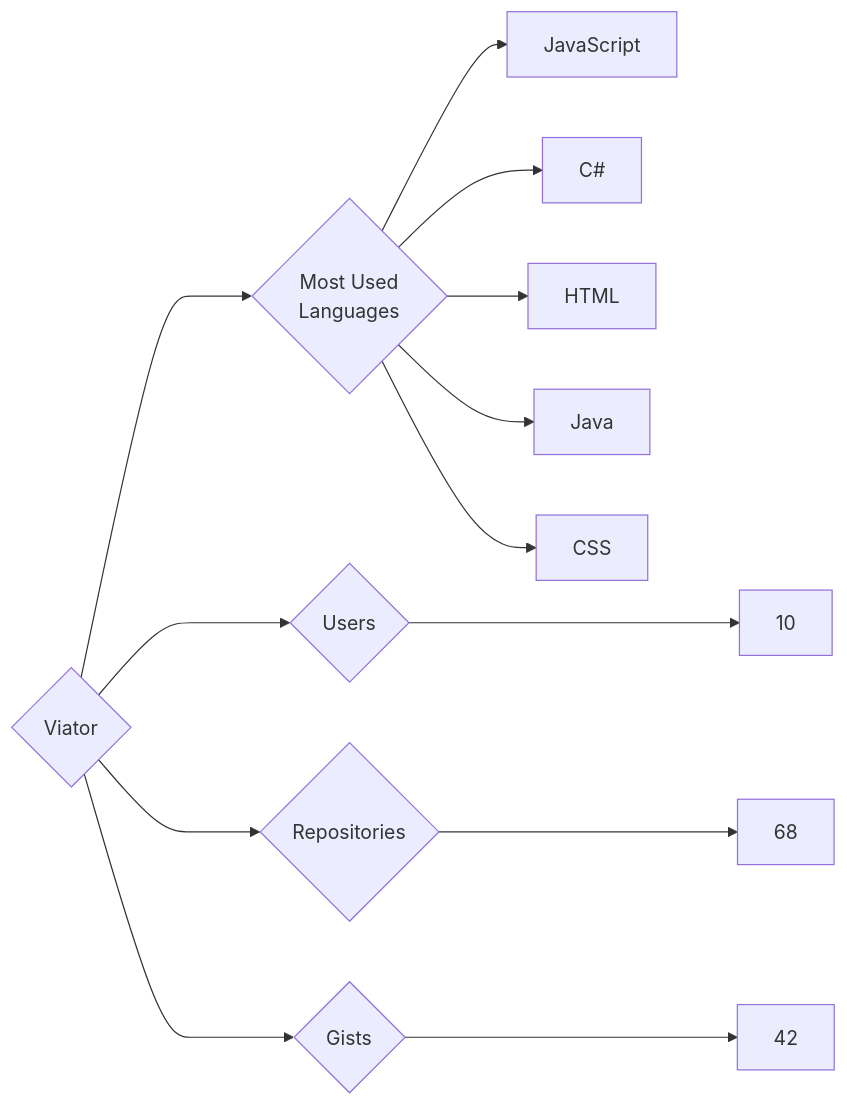
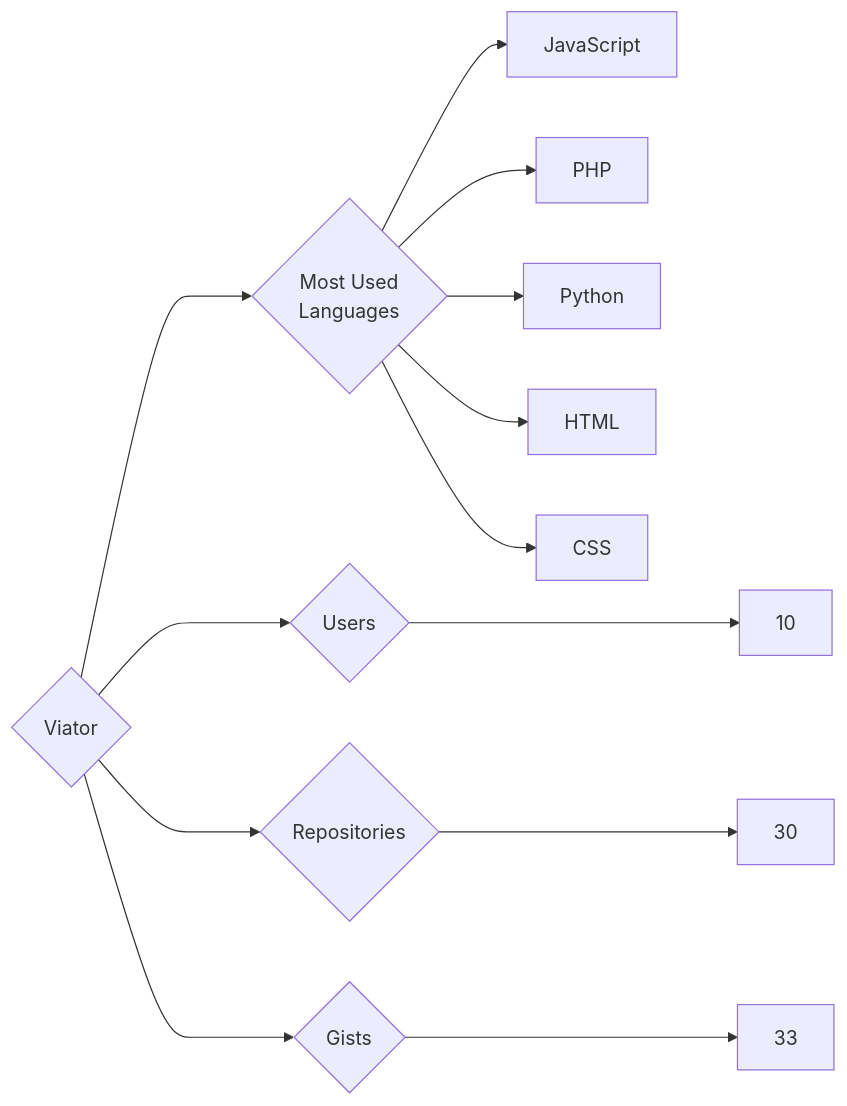
Before and after one commit to trickest/insiders: the diagram in targets/Viator/README.md, drawn with Mermaid. The commit also changed 1011 other files, not shown here.

````diff
--- a/targets/Viator/README.md
+++ b/targets/Viator/README.md
@@ -3,13 +3,13 @@
 ```mermaid
 graph LR
 COMPANY_NAME{Viator}
 COMPANY_NAME ---> U{Users} ---> UN[10]
-COMPANY_NAME ---> R{Repositories} ---> RN[68]
-COMPANY_NAME ---> G{Gists} ---> GN[42]
+COMPANY_NAME ---> R{Repositories} ---> RN[30]
+COMPANY_NAME ---> G{Gists} ---> GN[33]
 COMPANY_NAME ---> ML{Most Used<br>Languages}
 ML --> JavaScript[JavaScript]
-ML --> C#[C#]
+ML --> PHP[PHP]
+ML --> Python[Python]
 ML --> HTML[HTML]
-ML --> Java[Java]
 ML --> CSS[CSS]
 ```
````
